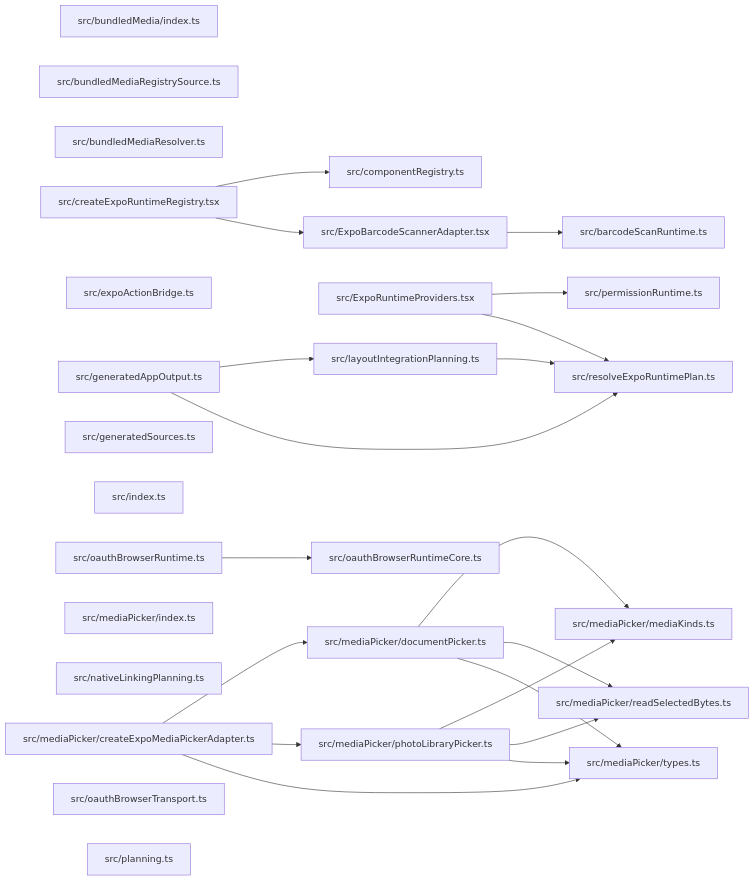
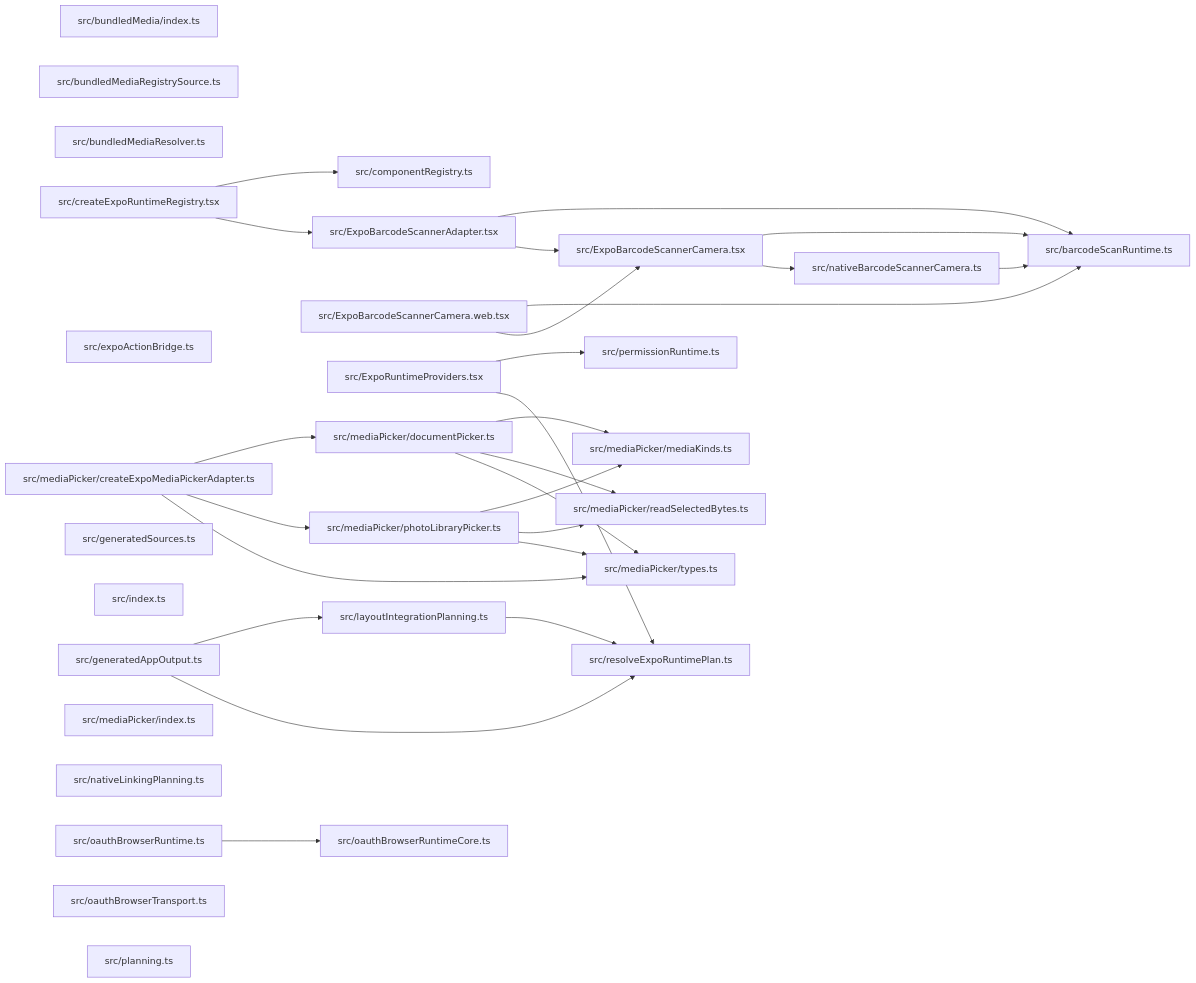
One commit to ankhorage/expo-runtime changed the diagram in paradox/diagrams/module-relationships.mmd. Above: the diagram before and after it, drawn with Mermaid. The commit also changed 22 other files, not shown here.

Commit message:
fix(scanner): support retail barcodes on web

```diff
--- a/paradox/diagrams/module-relationships.mmd
+++ b/paradox/diagrams/module-relationships.mmd
@@ -1,46 +1,55 @@
 graph LR
   module_src_barcodeScanRuntime_ts["src/barcodeScanRuntime.ts"]
   module_src_bundledMedia_index_ts["src/bundledMedia/index.ts"]
   module_src_bundledMediaRegistrySource_ts["src/bundledMediaRegistrySource.ts"]
   module_src_bundledMediaResolver_ts["src/bundledMediaResolver.ts"]
   module_src_componentRegistry_ts["src/componentRegistry.ts"]
   module_src_createExpoRuntimeRegistry_tsx["src/createExpoRuntimeRegistry.tsx"]
   module_src_expoActionBridge_ts["src/expoActionBridge.ts"]
   module_src_ExpoBarcodeScannerAdapter_tsx["src/ExpoBarcodeScannerAdapter.tsx"]
+  module_src_ExpoBarcodeScannerCamera_tsx["src/ExpoBarcodeScannerCamera.tsx"]
+  module_src_ExpoBarcodeScannerCamera_web_tsx["src/ExpoBarcodeScannerCamera.web.tsx"]
   module_src_ExpoRuntimeProviders_tsx["src/ExpoRuntimeProviders.tsx"]
   module_src_generatedAppOutput_ts["src/generatedAppOutput.ts"]
   module_src_generatedSources_ts["src/generatedSources.ts"]
   module_src_index_ts["src/index.ts"]
   module_src_layoutIntegrationPlanning_ts["src/layoutIntegrationPlanning.ts"]
   module_src_mediaPicker_createExpoMediaPickerAdapter_ts["src/mediaPicker/createExpoMediaPickerAdapter.ts"]
   module_src_mediaPicker_documentPicker_ts["src/mediaPicker/documentPicker.ts"]
   module_src_mediaPicker_index_ts["src/mediaPicker/index.ts"]
   module_src_mediaPicker_mediaKinds_ts["src/mediaPicker/mediaKinds.ts"]
   module_src_mediaPicker_photoLibraryPicker_ts["src/mediaPicker/photoLibraryPicker.ts"]
   module_src_mediaPicker_readSelectedBytes_ts["src/mediaPicker/readSelectedBytes.ts"]
   module_src_mediaPicker_types_ts["src/mediaPicker/types.ts"]
+  module_src_nativeBarcodeScannerCamera_ts["src/nativeBarcodeScannerCamera.ts"]
   module_src_nativeLinkingPlanning_ts["src/nativeLinkingPlanning.ts"]
   module_src_oauthBrowserRuntime_ts["src/oauthBrowserRuntime.ts"]
   module_src_oauthBrowserRuntimeCore_ts["src/oauthBrowserRuntimeCore.ts"]
   module_src_oauthBrowserTransport_ts["src/oauthBrowserTransport.ts"]
   module_src_permissionRuntime_ts["src/permissionRuntime.ts"]
   module_src_planning_ts["src/planning.ts"]
   module_src_resolveExpoRuntimePlan_ts["src/resolveExpoRuntimePlan.ts"]
   module_src_createExpoRuntimeRegistry_tsx --> module_src_componentRegistry_ts
   module_src_createExpoRuntimeRegistry_tsx --> module_src_ExpoBarcodeScannerAdapter_tsx
   module_src_ExpoBarcodeScannerAdapter_tsx --> module_src_barcodeScanRuntime_ts
+  module_src_ExpoBarcodeScannerAdapter_tsx --> module_src_ExpoBarcodeScannerCamera_tsx
+  module_src_ExpoBarcodeScannerCamera_tsx --> module_src_barcodeScanRuntime_ts
+  module_src_ExpoBarcodeScannerCamera_tsx --> module_src_nativeBarcodeScannerCamera_ts
+  module_src_ExpoBarcodeScannerCamera_web_tsx --> module_src_barcodeScanRuntime_ts
+  module_src_ExpoBarcodeScannerCamera_web_tsx --> module_src_ExpoBarcodeScannerCamera_tsx
   module_src_ExpoRuntimeProviders_tsx --> module_src_permissionRuntime_ts
   module_src_ExpoRuntimeProviders_tsx --> module_src_resolveExpoRuntimePlan_ts
   module_src_generatedAppOutput_ts --> module_src_layoutIntegrationPlanning_ts
   module_src_generatedAppOutput_ts --> module_src_resolveExpoRuntimePlan_ts
   module_src_layoutIntegrationPlanning_ts --> module_src_resolveExpoRuntimePlan_ts
   module_src_mediaPicker_createExpoMediaPickerAdapter_ts --> module_src_mediaPicker_documentPicker_ts
   module_src_mediaPicker_createExpoMediaPickerAdapter_ts --> module_src_mediaPicker_photoLibraryPicker_ts
   module_src_mediaPicker_createExpoMediaPickerAdapter_ts --> module_src_mediaPicker_types_ts
   module_src_mediaPicker_documentPicker_ts --> module_src_mediaPicker_mediaKinds_ts
   module_src_mediaPicker_documentPicker_ts --> module_src_mediaPicker_readSelectedBytes_ts
   module_src_mediaPicker_documentPicker_ts --> module_src_mediaPicker_types_ts
   module_src_mediaPicker_photoLibraryPicker_ts --> module_src_mediaPicker_mediaKinds_ts
   module_src_mediaPicker_photoLibraryPicker_ts --> module_src_mediaPicker_readSelectedBytes_ts
   module_src_mediaPicker_photoLibraryPicker_ts --> module_src_mediaPicker_types_ts
+  module_src_nativeBarcodeScannerCamera_ts --> module_src_barcodeScanRuntime_ts
   module_src_oauthBrowserRuntime_ts --> module_src_oauthBrowserRuntimeCore_ts
```
